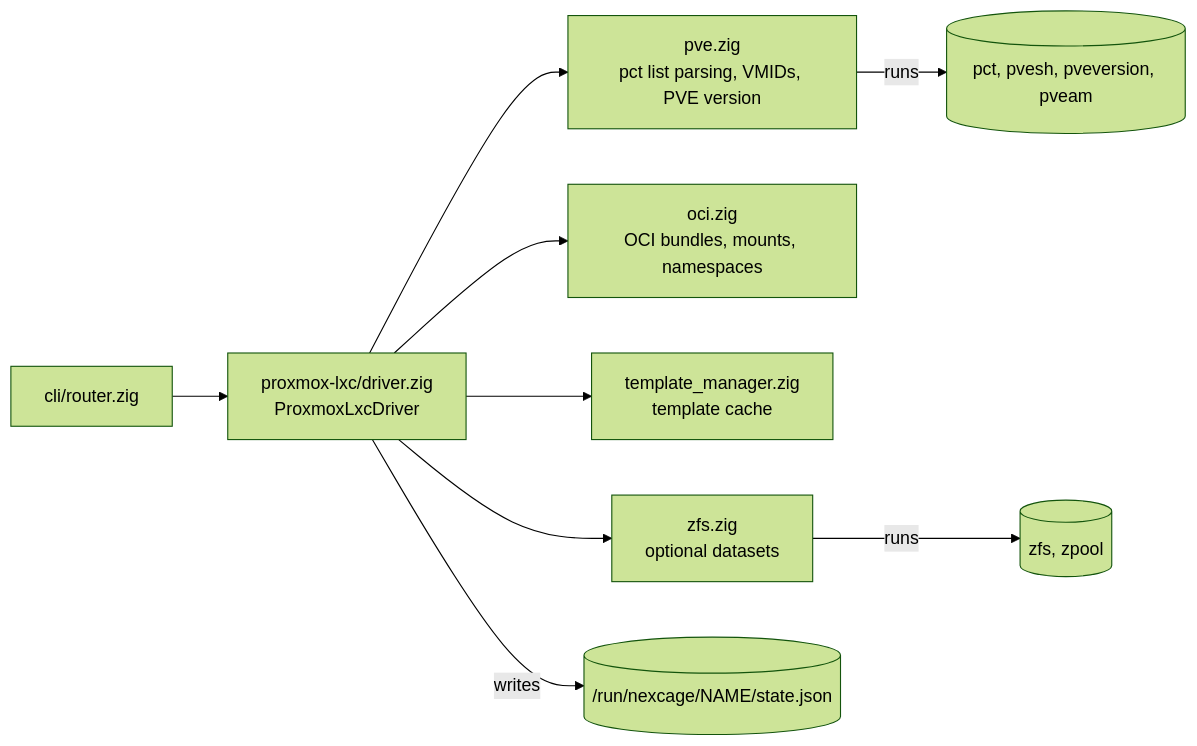
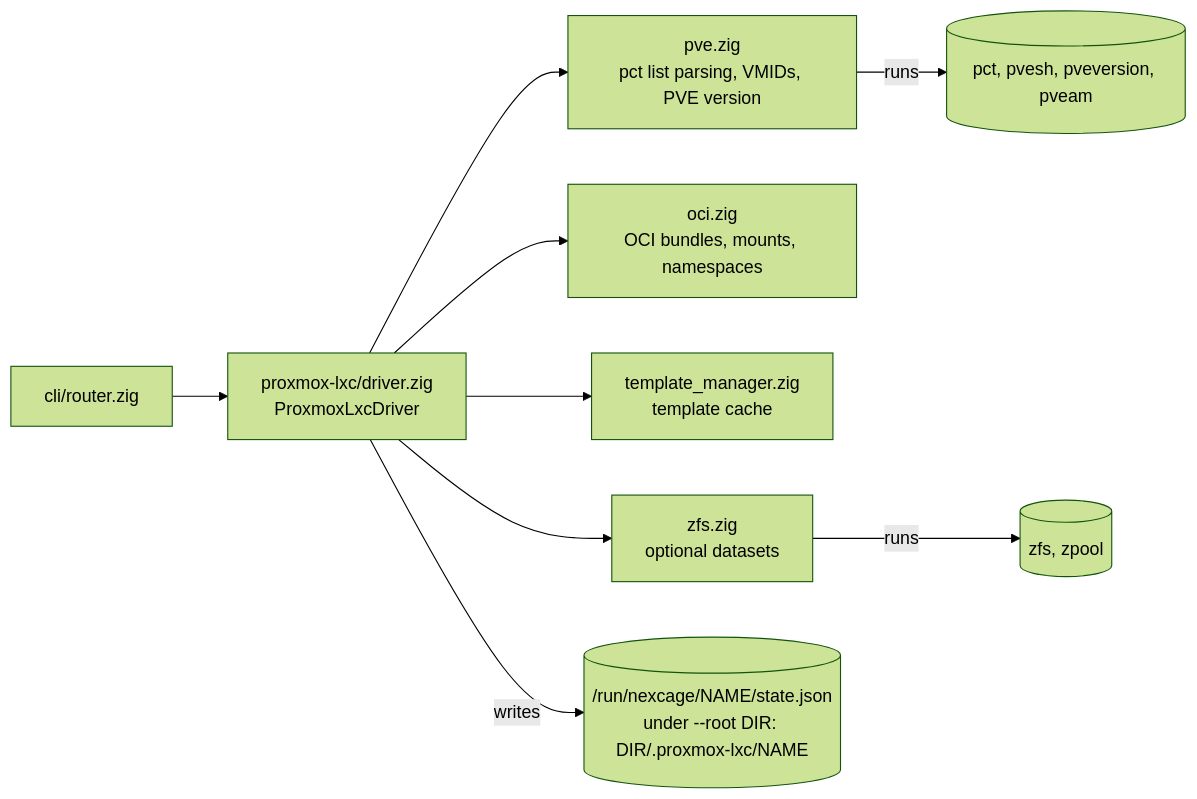
One commit to CageForge/nexcage changed the diagram in docs/architecture/BACKENDS.md. Above: the diagram before and after it, drawn with Mermaid (forest theme). The commit also changed 5 other files, not shown here.

````diff
--- a/docs/architecture/BACKENDS.md
+++ b/docs/architecture/BACKENDS.md
@@ -19,11 +19,11 @@
 ```mermaid
 flowchart LR
   router["cli/router.zig"] --> driver["proxmox-lxc/driver.zig<br/>ProxmoxLxcDriver"]
   driver --> pve["pve.zig<br/>pct list parsing, VMIDs, PVE version"]
   driver --> oci["oci.zig<br/>OCI bundles, mounts, namespaces"]
   driver --> tm["template_manager.zig<br/>template cache"]
   driver --> zfs["zfs.zig<br/>optional datasets"]
   pve -->|runs| tools[("pct, pvesh, pveversion, pveam")]
   zfs -->|runs| ztools[("zfs, zpool")]
-  driver -->|writes| state[("/run/nexcage/NAME/state.json")]
+  driver -->|writes| state[("/run/nexcage/NAME/state.json<br/>under --root DIR: DIR/.proxmox-lxc/NAME")]
 ```
````
